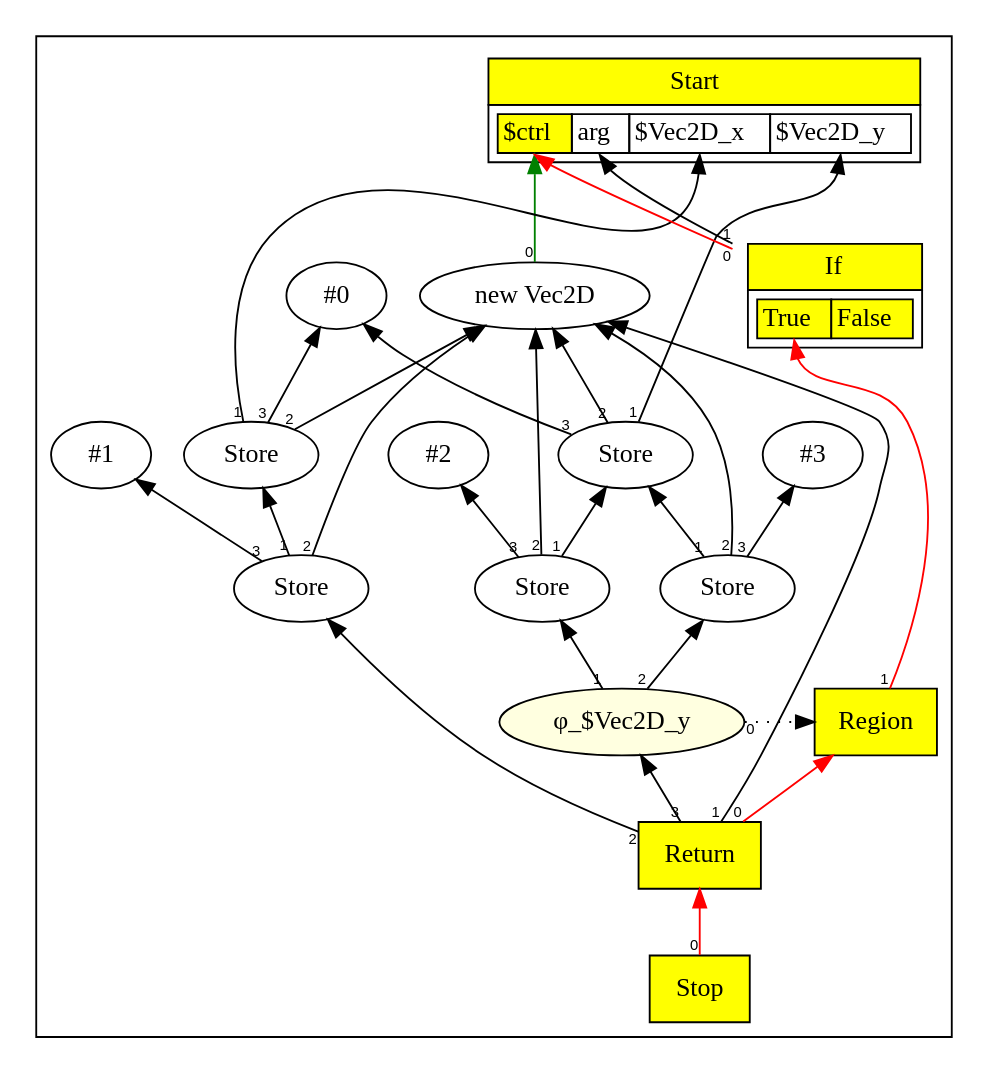
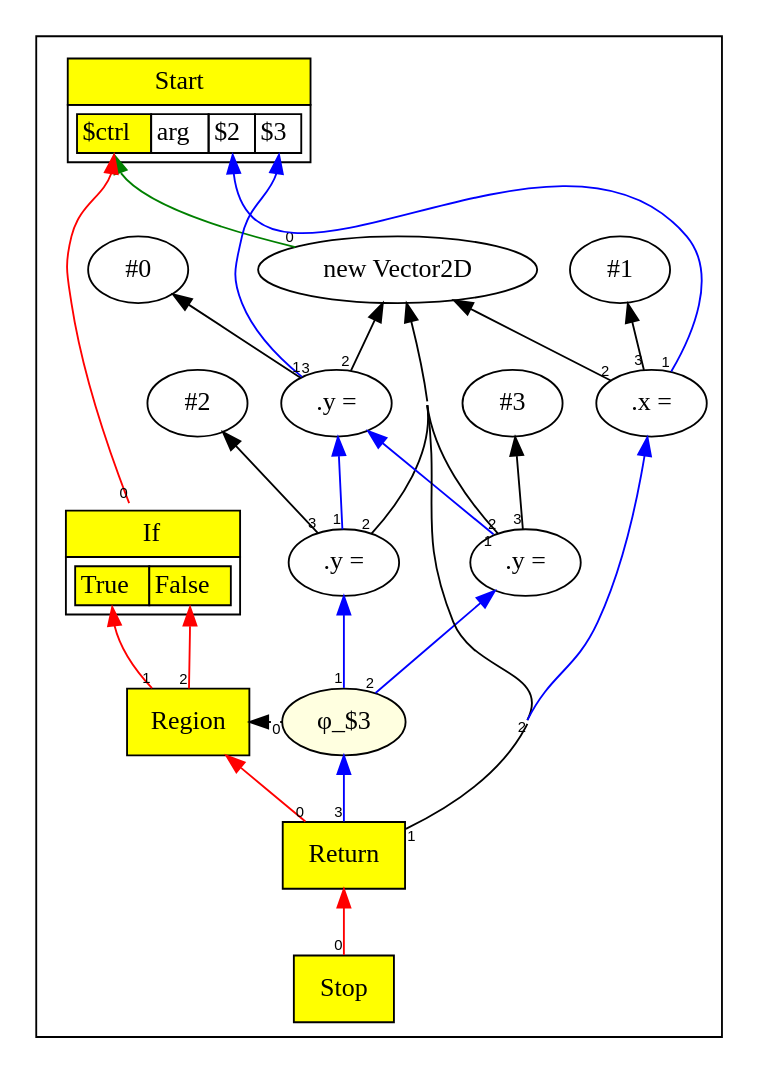
Before and after one commit to SeaOfNodes/Simple: the diagram in chapter10/docs/example1.gv, drawn with Graphviz. The commit also changed 11 other files, not shown here.

```diff
--- a/chapter10/docs/example1.gv
+++ b/chapter10/docs/example1.gv
@@ -1,84 +1,78 @@
 digraph chapter10 {
 /*
-struct Vec2D { int x; int y; }
-
-Vec2D v = new Vec2D;
+struct Vector2D { int x; int y; }
+Vector2D v = new Vector2D;
 v.x = 1;
 if (arg)
     v.y = 2;
 else
     v.y = 3;
 return v;
 
 */
 	rankdir=BT;
-	ordering="in";
 	concentrate="true";
 	compound="true";
 	subgraph cluster_Nodes {
 		Start2 [ shape=plaintext label=<
 			<TABLE BORDER="0" CELLBORDER="1" CELLSPACING="0" CELLPADDING="4">
 			<TR><TD BGCOLOR="yellow">Start</TD></TR>
 			<TR><TD>
 				<TABLE BORDER="0" CELLBORDER="1" CELLSPACING="0">
-				<TR><TD PORT="p0" BGCOLOR="yellow">$ctrl</TD><TD PORT="p1">arg</TD><TD PORT="p2">$Vec2D_x</TD><TD PORT="p3">$Vec2D_y</TD></TR>
+				<TR><TD PORT="p0" BGCOLOR="yellow">$ctrl</TD><TD PORT="p1">arg</TD><TD PORT="p2">$2</TD><TD PORT="p3">$3</TD></TR>
 				</TABLE>
 			</TD></TR>
 			</TABLE>>
 		];
 		Stop3 [ shape=box style=filled fillcolor=yellow label="Stop" ];
-		New8 [ label="new Vec2D" ];
+		new8 [ label="new Vector2D" ];
 		Con_9 [ label="#0" ];
-		Store10 [ label="Store" ];
-		Store11 [ label="Store" ];
+		Store11 [ label=".y =" ];
 		Con_12 [ label="#1" ];
-		Store13 [ label="Store" ];
+		Store13 [ label=".x =" ];
 		If14 [ shape=plaintext label=<
 			<TABLE BORDER="0" CELLBORDER="1" CELLSPACING="0" CELLPADDING="4">
 			<TR><TD BGCOLOR="yellow">If</TD></TR>
 			<TR><TD>
 				<TABLE BORDER="0" CELLBORDER="1" CELLSPACING="0">
 				<TR><TD PORT="p0" BGCOLOR="yellow">True</TD><TD PORT="p1" BGCOLOR="yellow">False</TD></TR>
 				</TABLE>
 			</TD></TR>
 			</TABLE>>
 		];
 		Con_18 [ label="#2" ];
-		Store19 [ label="Store" ];
-		Con_20 [ label="#3" ];
-		Store21 [ label="Store" ];
-		Region22 [ shape=box style=filled fillcolor=yellow label="Region" ];
-		Phi_Vec2D_y23 [ style=filled fillcolor=lightyellow label="&phi;_$Vec2D_y" ];
-		Return24 [ shape=box style=filled fillcolor=yellow label="Return" ];
-		{ rank=same; Region22;Phi_Vec2D_y23;}
+		Store19 [ label=".y =" ];
+		Con_22 [ label="#3" ];
+		Store23 [ label=".y =" ];
+		Region24 [ shape=box style=filled fillcolor=yellow label="Region" ];
+		Phi_326 [ style=filled fillcolor=lightyellow label="&phi;_$3" ];
+		Return27 [ shape=box style=filled fillcolor=yellow label="Return" ];
+		{ rank=same; Region24;Phi_326;}
 	}
 	edge [ fontname=Helvetica, fontsize=8 ];
-	Stop3 -> Return24[taillabel=0 color=red];
-	New8 -> Start2:p0[taillabel=0 color=green];
-	Store10 -> Start2:p2[taillabel=1];
-	Store10 -> New8[taillabel=2];
-	Store10 -> Con_9[taillabel=3];
-	Store11 -> Start2:p3[taillabel=1];
-	Store11 -> New8[taillabel=2];
+	Stop3 -> Return27[taillabel=0 color=red];
+	new8 -> Start2:p0[taillabel=0 color=green];
+	Store11 -> Start2:p3[taillabel=1 color=blue];
+	Store11 -> new8[taillabel=2];
 	Store11 -> Con_9[taillabel=3];
-	Store13 -> Store10[taillabel=1];
-	Store13 -> New8[taillabel=2];
+	Store13 -> Start2:p2[taillabel=1 color=blue];
+	Store13 -> new8[taillabel=2];
 	Store13 -> Con_12[taillabel=3];
 	If14 -> Start2:p0[taillabel=0 color=red];
 	If14 -> Start2:p1[taillabel=1];
-	Store19 -> Store11[taillabel=1];
-	Store19 -> New8[taillabel=2];
+	Store19 -> Store11[taillabel=1 color=blue];
+	Store19 -> new8[taillabel=2];
 	Store19 -> Con_18[taillabel=3];
-	Store21 -> Store11[taillabel=1];
-	Store21 -> New8[taillabel=2];
-	Store21 -> Con_20[taillabel=3];
-	Region22 -> If14:p0[taillabel=1 color=red];
-	Region22 -> If14:p1[taillabel=2 color=red];
-	Phi_Vec2D_y23 -> Region22 [style=dotted taillabel=0];
-	Phi_Vec2D_y23 -> Store19[taillabel=1];
-	Phi_Vec2D_y23 -> Store21[taillabel=2 constraint=false];
-	Return24 -> Region22[taillabel=0 color=red];
-	Return24 -> New8[taillabel=1];
-	Return24 -> Store13[taillabel=2];
-	Return24 -> Phi_Vec2D_y23[taillabel=3];
+	Store23 -> Store11[taillabel=1 color=blue];
+	Store23 -> new8[taillabel=2];
+	Store23 -> Con_22[taillabel=3];
+	Region24 -> If14:p0[taillabel=1 color=red];
+	Region24 -> If14:p1[taillabel=2 color=red];
+	Phi_326 -> Region24 [style=dotted taillabel=0];
+	Phi_326 -> Store19[taillabel=1 color=blue];
+	Phi_326 -> Store23[taillabel=2 color=blue constraint=false];
+	Return27 -> Region24[taillabel=0 color=red];
+	Return27 -> new8[taillabel=1];
+	Return27 -> Store13[taillabel=2 color=blue];
+	Return27 -> Phi_326[taillabel=3 color=blue];
 }
```
